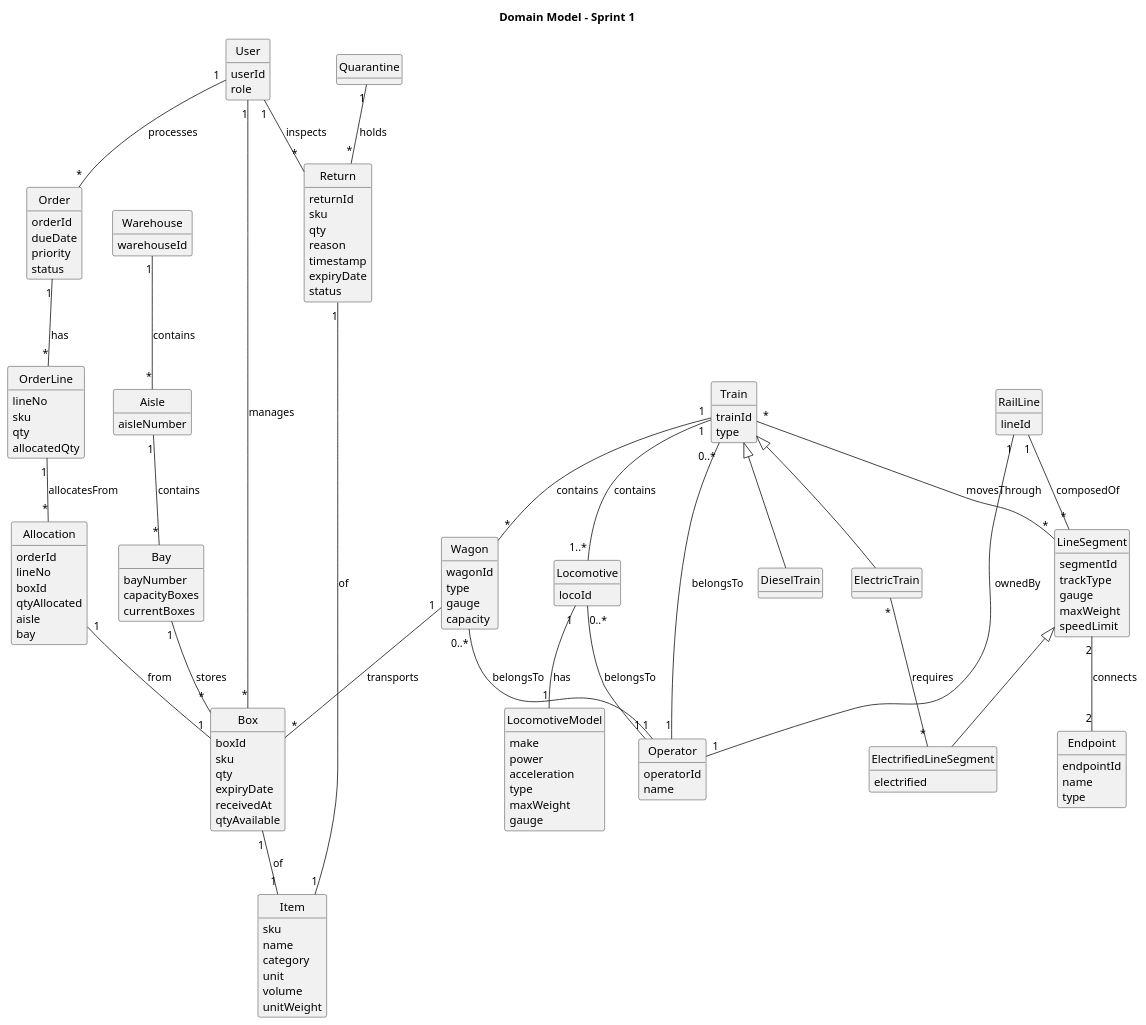
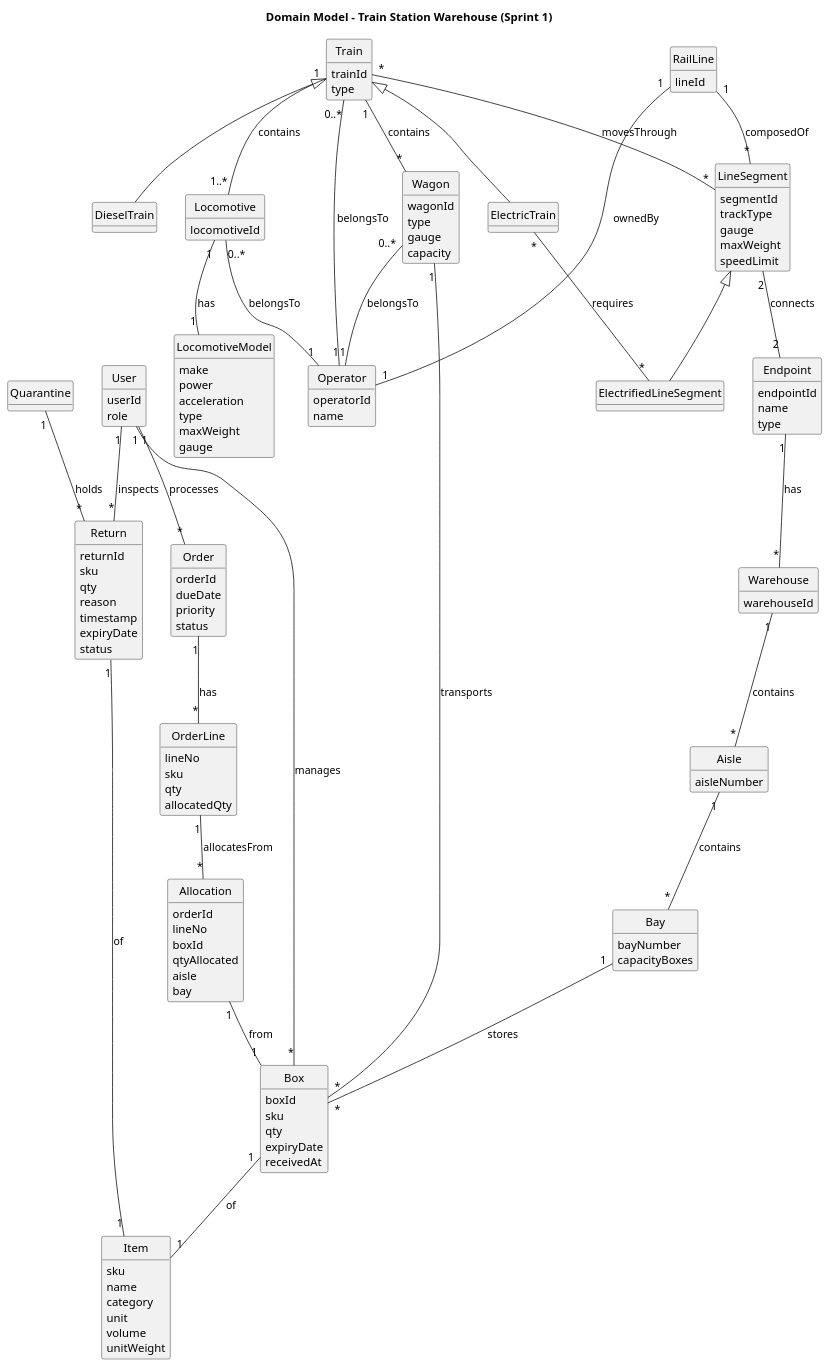
The diagram in DomainModel.puml (brunodspinto/railway-logistics-platform), drawn with PlantUML before and after one commit. The commit also changed other lines of this file, not shown here.

Commit message:
update domain model

```diff
--- a/DomainModel.puml
+++ b/DomainModel.puml
@@ -1,168 +1,166 @@
 @startuml
 skinparam monochrome true
 skinparam packageStyle rectangle
 skinparam shadowing false
 skinparam classAttributeIconSize 0
 hide circle
 hide methods
 
-title Domain Model - Sprint 1
+title Domain Model - Train Station Warehouse (Sprint 1)
 
 class Warehouse {
     warehouseId
 }
 
 class Aisle {
     aisleNumber
 }
 
 class Bay {
     bayNumber
     capacityBoxes
-    currentBoxes
 }
 
 class Box {
     boxId
     sku
     qty
     expiryDate
     receivedAt
-    qtyAvailable
 }
 
 class Item {
     sku
     name
     category
     unit
     volume
     unitWeight
 }
 
 class Wagon {
     wagonId
     type
     gauge
     capacity
 }
 
 class Locomotive {
-    locoId
+    locomotiveId
 }
 
 class LocomotiveModel {
     make
     power
     acceleration
     type
     maxWeight
     gauge
 }
 
 class Train {
     trainId
     type
 }
 
 class DieselTrain
 
 class ElectricTrain
 
 class RailLine {
     lineId
 }
 
 class LineSegment {
     segmentId
     trackType
     gauge
     maxWeight
     speedLimit
 }
 
 class ElectrifiedLineSegment {
-    electrified
 }
 
 class Endpoint {
     endpointId
     name
     type
 }
 
 class Operator {
     operatorId
     name
 }
 
 class Order {
     orderId
     dueDate
     priority
     status
 }
 
 class OrderLine {
     lineNo
     sku
     qty
     allocatedQty
 }
 
 class Allocation {
     orderId
     lineNo
     boxId
     qtyAllocated
     aisle
     bay
 }
 
 class Return {
     returnId
     sku
     qty
     reason
     timestamp
     expiryDate
     status
 }
 
 class Quarantine {
 }
 
 class User {
     userId
     role
 }
 
 Warehouse "1" -- "*" Aisle : contains
 Aisle "1" -- "*" Bay : contains
 Bay "1" -- "*" Box : stores
 Box "1" -- "1" Item : of
 Wagon "1" -- "*" Box : transports
 Wagon "0..*" -- "1" Operator : belongsTo
 Locomotive "0..*" -- "1" Operator : belongsTo
 Locomotive "1" -- "1" LocomotiveModel : has
 Train "1" -- "1..*" Locomotive : contains
 Train "1" -- "*" Wagon : contains
 Train "0..*" -- "1" Operator : belongsTo
 Train "*" -- "*" LineSegment : movesThrough
 Train <|-- ElectricTrain
 Train <|-- DieselTrain
 RailLine "1" -- "*" LineSegment : composedOf
 LineSegment "2" -- "2" Endpoint : connects
 LineSegment <|-- ElectrifiedLineSegment
 RailLine "1" -- "1" Operator : ownedBy
 ElectricTrain "*" -- "*" ElectrifiedLineSegment : requires
 Order "1" -- "*" OrderLine : has
 OrderLine "1" -- "*" Allocation : allocatesFrom
 Allocation "1" -- "1" Box : from
 Return "1" -- "1" Item : of
 Quarantine "1" -- "*" Return : holds
 User "1" -- "*" Order : processes
 User "1" -- "*" Return : inspects
 User "1" -- "*" Box : manages
+Endpoint "1" -- "*" Warehouse : has
 
 @enduml
```
